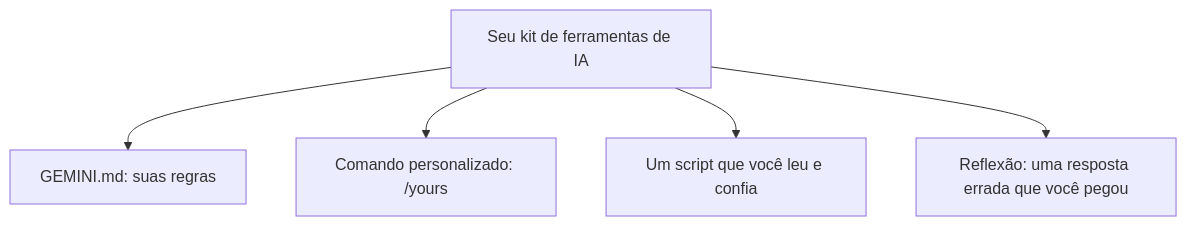
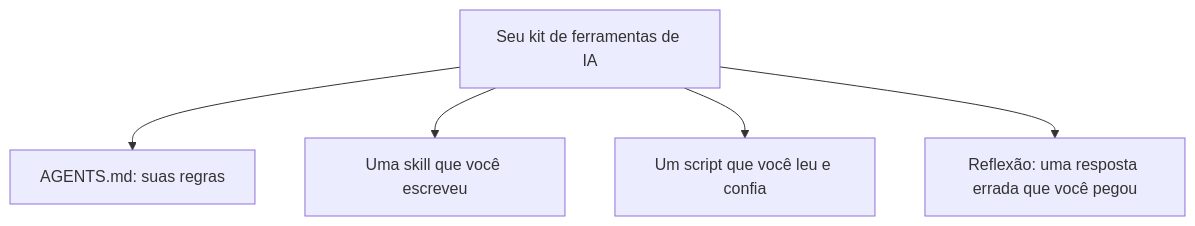
The diagram in docs/pt/lessons/a08.md (KakkoiDev/izumo-io), drawn with Mermaid before and after one commit. The commit also changed other lines of this file and 39 other files, not shown here.

````diff
--- a/docs/pt/lessons/a08.md
+++ b/docs/pt/lessons/a08.md
@@ -19,7 +19,7 @@
 ```mermaid
 flowchart TD
-    T[Seu kit de ferramentas de IA] --> M[GEMINI.md: suas regras]
-    T --> C["Comando personalizado: /yours"]
+    T[Seu kit de ferramentas de IA] --> M[AGENTS.md: suas regras]
+    T --> C[Uma skill que você escreveu]
     T --> S[Um script que você leu e confia]
     T --> R[Reflexão: uma resposta errada que você pegou]
 ```
````
